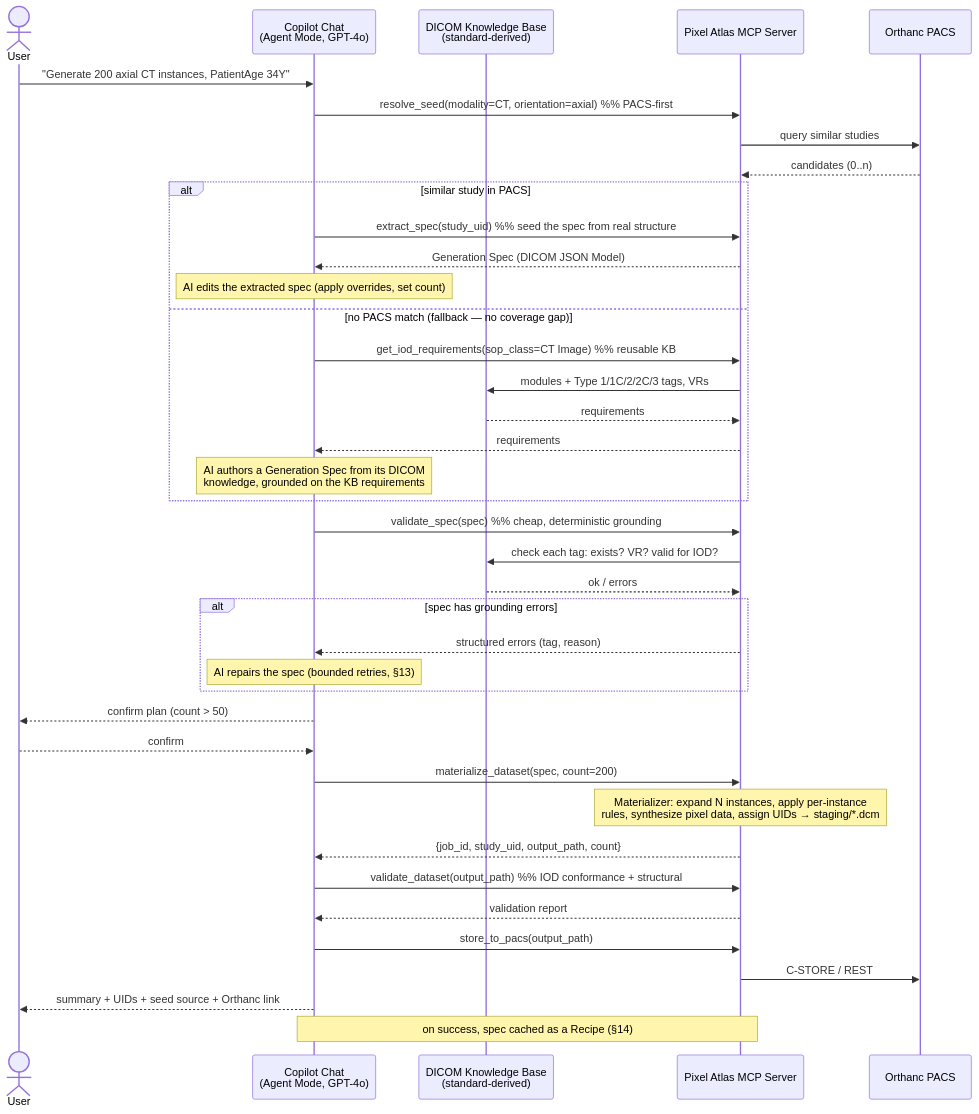
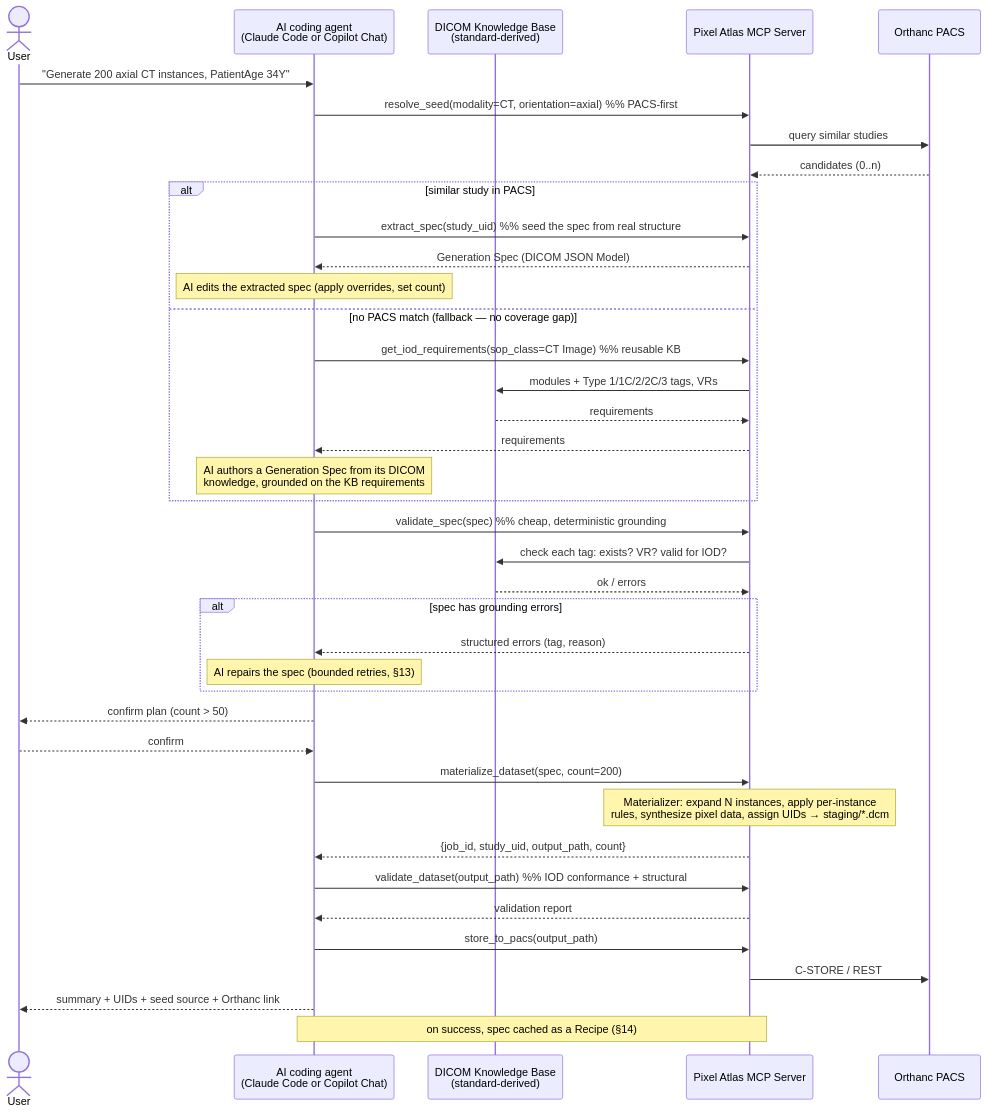
Before and after one commit to CT-Hackcelerate/PixelAtlas: the diagram in docs/solution-design.md, drawn with Mermaid. The commit also changed other lines of this file and 70 other files, not shown here.

````diff
--- a/docs/solution-design.md
+++ b/docs/solution-design.md
@@ -84,45 +84,45 @@
 ```mermaid
 sequenceDiagram
     actor User
-    participant Copilot as Copilot Chat<br/>(Agent Mode, GPT-4o)
+    participant Copilot as AI coding agent<br/>(Claude Code or Copilot Chat)
     participant KB as DICOM Knowledge Base<br/>(standard-derived)
     participant MCP as Pixel Atlas MCP Server
     participant PACS as Orthanc PACS
 
     User->>Copilot: "Generate 200 axial CT instances, PatientAge 34Y"
     Copilot->>MCP: resolve_seed(modality=CT, orientation=axial)  %% PACS-first
     MCP->>PACS: query similar studies
     PACS-->>MCP: candidates (0..n)
 
     alt similar study in PACS
         Copilot->>MCP: extract_spec(study_uid)     %% seed the spec from real structure
         MCP-->>Copilot: Generation Spec (DICOM JSON Model)
         Note over Copilot: AI edits the extracted spec (apply overrides, set count)
     else no PACS match (fallback — no coverage gap)
         Copilot->>MCP: get_iod_requirements(sop_class=CT Image)  %% reusable KB
         MCP->>KB: modules + Type 1/1C/2/2C/3 tags, VRs
         KB-->>MCP: requirements
         MCP-->>Copilot: requirements
         Note over Copilot: AI authors a Generation Spec from its DICOM<br/>knowledge, grounded on the KB requirements
     end
 
     Copilot->>MCP: validate_spec(spec)             %% cheap, deterministic grounding
     MCP->>KB: check each tag: exists? VR? valid for IOD?
     KB-->>MCP: ok / errors
     alt spec has grounding errors
         MCP-->>Copilot: structured errors (tag, reason)
         Note over Copilot: AI repairs the spec (bounded retries, §13)
     end
 
     Copilot-->>User: confirm plan (count > 50)
     User-->>Copilot: confirm
     Copilot->>MCP: materialize_dataset(spec, count=200)
     Note over MCP: Materializer: expand N instances, apply per-instance<br/>rules, synthesize pixel data, assign UIDs → staging/*.dcm
     MCP-->>Copilot: {job_id, study_uid, output_path, count}
     Copilot->>MCP: validate_dataset(output_path)   %% IOD conformance + structural
     MCP-->>Copilot: validation report
     Copilot->>MCP: store_to_pacs(output_path)
     MCP->>PACS: C-STORE / REST
     Copilot-->>User: summary + UIDs + seed source + Orthanc link
     Note over Copilot,MCP: on success, spec cached as a Recipe (§14)
 ```
````
